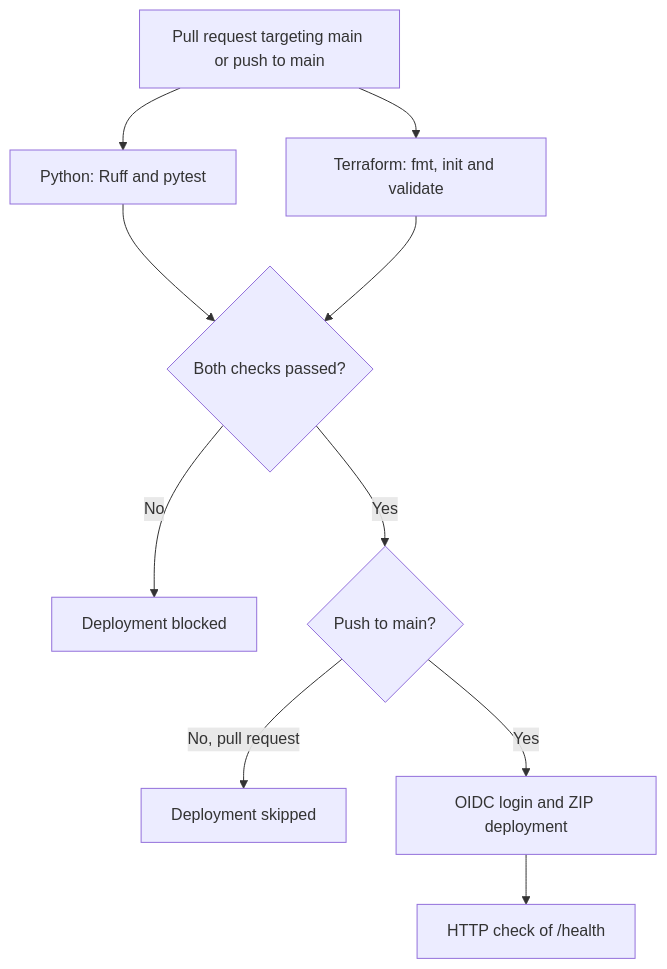
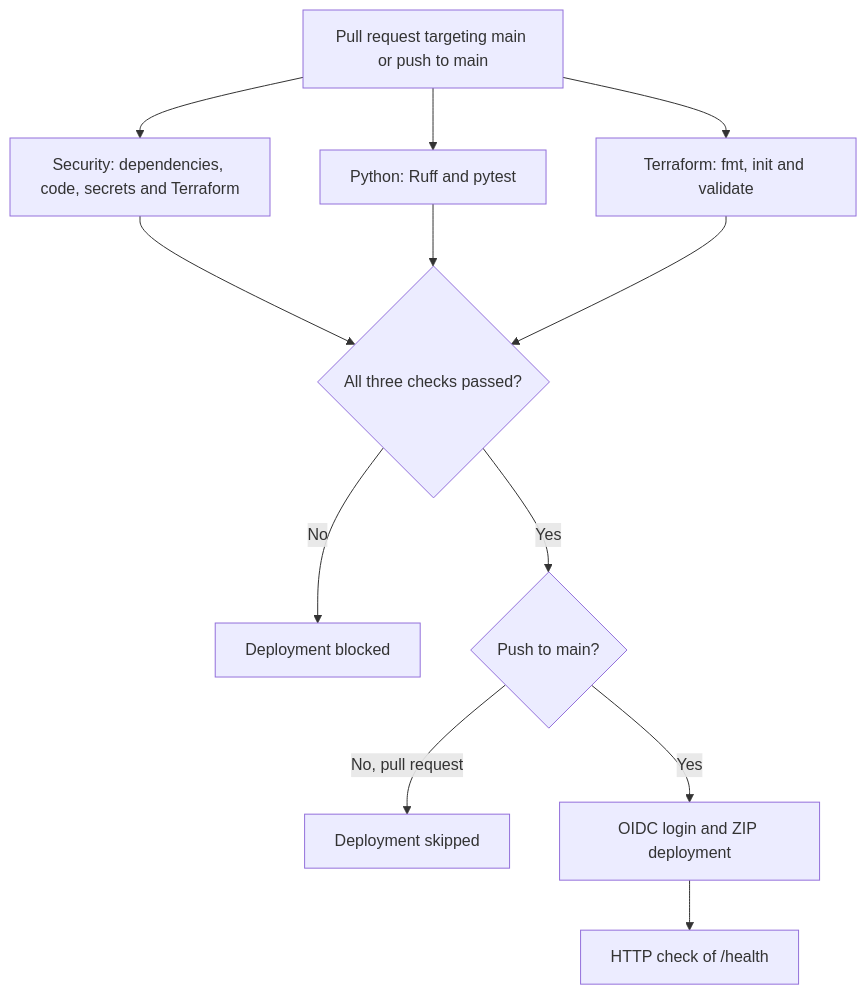
One commit to dev-ugo/clouddesk changed the diagram in docs/ci-cd.md. Above: the diagram before and after it, drawn with Mermaid. The commit also changed other lines of this file and 7 other files, not shown here.

````diff
--- a/docs/ci-cd.md
+++ b/docs/ci-cd.md
@@ -41,12 +43,14 @@
 ```mermaid
 flowchart TD
     event["Pull request targeting main or push to main"] --> python["Python: Ruff and pytest"]
     event --> terraform["Terraform: fmt, init and validate"]
-    python --> result{"Both checks passed?"}
+    event --> security["Security: dependencies, code, secrets and Terraform"]
+    security --> result
+    python --> result{"All three checks passed?"}
     terraform --> result
     result -->|No| failed["Deployment blocked"]
     result -->|Yes| trigger{"Push to main?"}
     trigger -->|No, pull request| skipped["Deployment skipped"]
     trigger -->|Yes| deploy["OIDC login and ZIP deployment"]
     deploy --> health["HTTP check of /health"]
 ```
````
